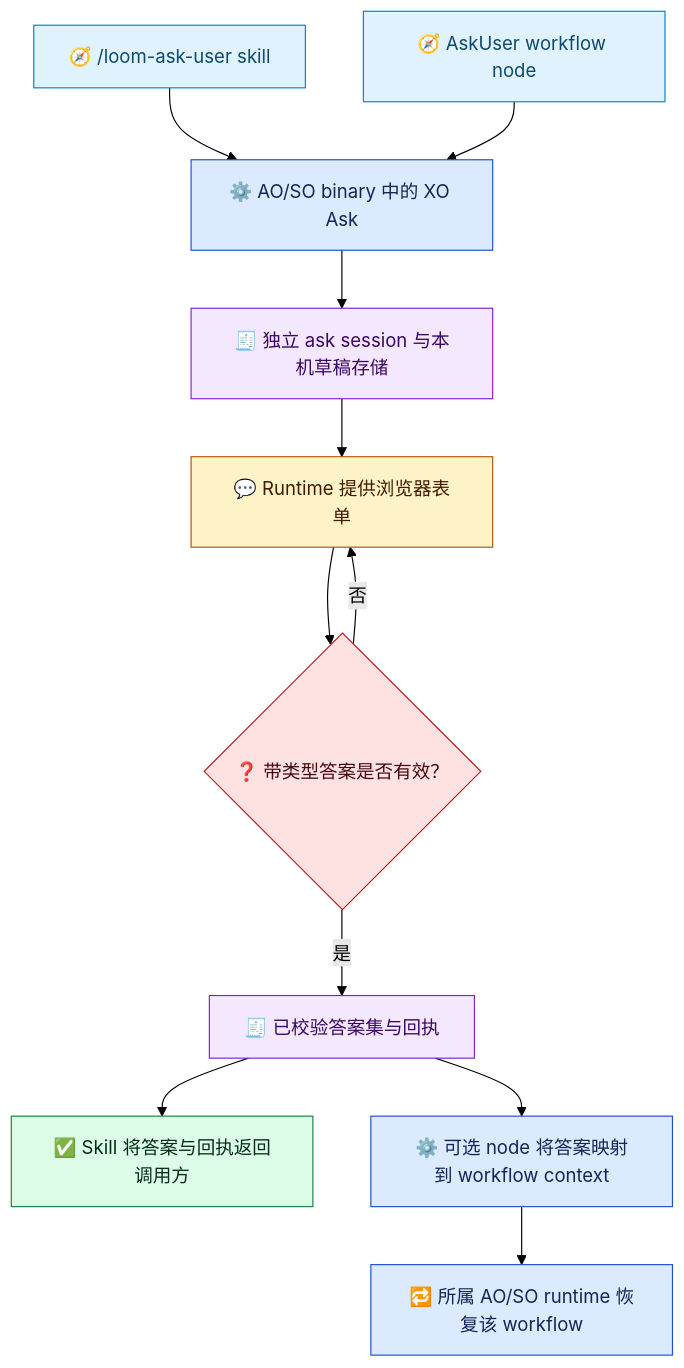
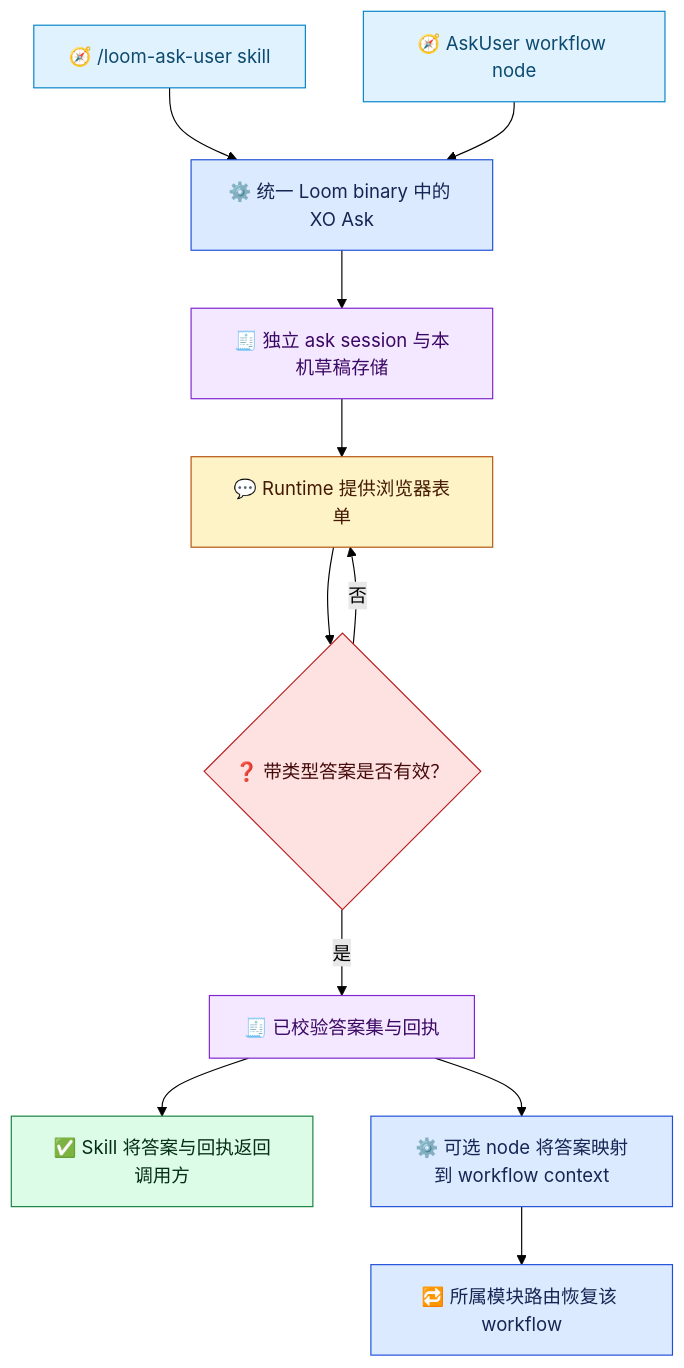
One commit to waynebaby/Techne-Loom changed the second of 2 diagrams in docs/zh-cn/guides/ask-user-guide.md. Above: the diagram before and after it, drawn with Mermaid (forest theme). The commit also changed other lines of this file and 130 other files, not shown here.

````diff
--- a/docs/zh-cn/guides/ask-user-guide.md
+++ b/docs/zh-cn/guides/ask-user-guide.md
@@ -143,26 +143,26 @@
 ```mermaid
 flowchart TD
-    SKILL["🧭 /loom-ask-user skill"] --> XO["⚙️ AO/SO binary 中的 XO Ask"]
+    SKILL["🧭 /loom-ask-user skill"] --> XO["⚙️ 统一 Loom binary 中的 XO Ask"]
     NODE["🧭 AskUser workflow node"] --> XO
     XO --> SESSION["🧾 独立 ask session 与本机草稿存储"]
     SESSION --> FORM["💬 Runtime 提供浏览器表单"]
     FORM --> CHECK{"❓ 带类型答案是否有效？"}
     CHECK -- "否" --> FORM
     CHECK -- "是" --> RECEIPT["🧾 已校验答案集与回执"]
     RECEIPT --> DIRECT["✅ Skill 将答案与回执返回调用方"]
     RECEIPT --> MAP["⚙️ 可选 node 将答案映射到 workflow context"]
-    MAP --> RESUME["🔁 所属 AO/SO runtime 恢复该 workflow"]
+    MAP --> RESUME["🔁 所属模块路由恢复该 workflow"]
 
     classDef intake fill:#e0f2fe,stroke:#0284c7,color:#0c4a6e;
     classDef runtime fill:#dbeafe,stroke:#1d4ed8,color:#172554;
     classDef user fill:#fef3c7,stroke:#b45309,color:#451a03;
     classDef evidence fill:#f3e8ff,stroke:#7e22ce,color:#3b0764;
     classDef decision fill:#fee2e2,stroke:#b91c1c,color:#450a0a;
     classDef complete fill:#dcfce7,stroke:#15803d,color:#052e16;
     class SKILL,NODE intake;
     class XO,MAP,RESUME runtime;
     class FORM user;
     class SESSION,RECEIPT evidence;
     class CHECK decision;
     class DIRECT complete;
 ```
````
